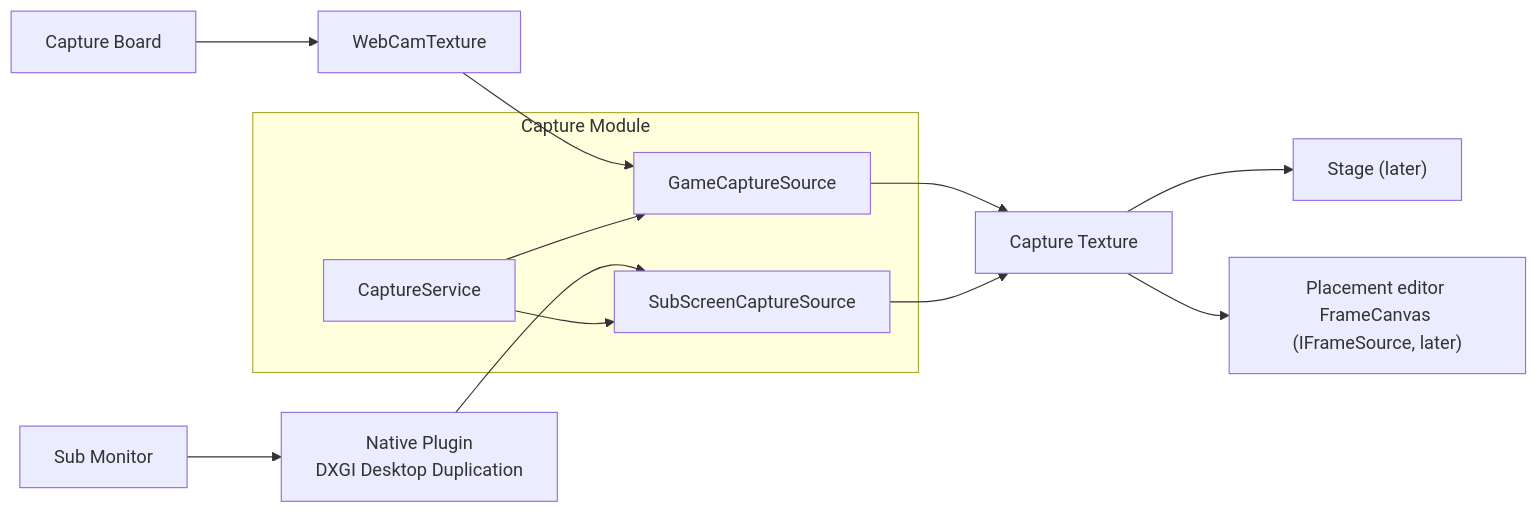
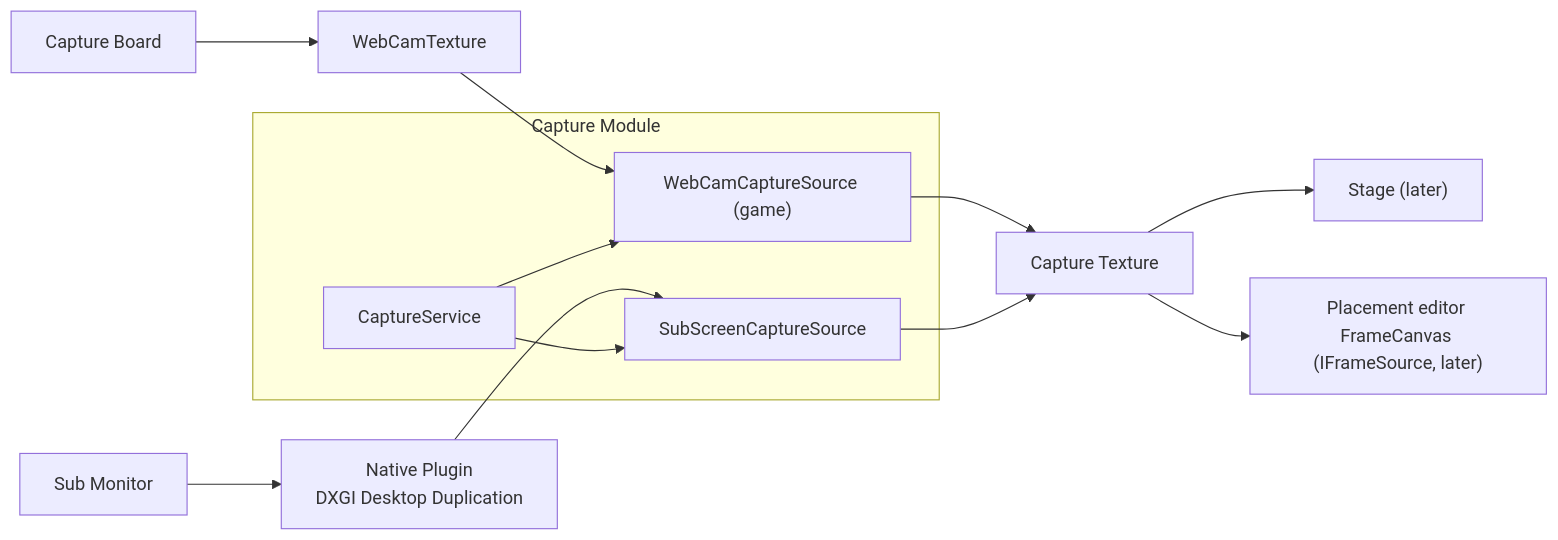
The diagram in docs/en/detailed-design/capture.md (Yupopyoi/virtual-vessel-studio), drawn with Mermaid before and after one commit. The commit also changed other lines of this file and 9 other files, not shown here.

````diff
--- a/docs/en/detailed-design/capture.md
+++ b/docs/en/detailed-design/capture.md
@@ -40,20 +40,20 @@
 ```mermaid
 flowchart LR
     Board["Capture Board"] --> WebCam["WebCamTexture"]
     Monitor["Sub Monitor"] --> Native["Native Plugin<br/>DXGI Desktop Duplication"]
 
     subgraph Capture["Capture Module"]
-        Game["GameCaptureSource"]
+        Game["WebCamCaptureSource (game)"]
         Sub["SubScreenCaptureSource"]
         Service["CaptureService"]
     end
 
     WebCam --> Game
     Native --> Sub
     Game --> Tex["Capture Texture"]
     Sub --> Tex
     Service --> Game
     Service --> Sub
     Tex --> Stage["Stage (later)"]
     Tex --> Frames["Placement editor FrameCanvas (IFrameSource, later)"]
 ```
````
